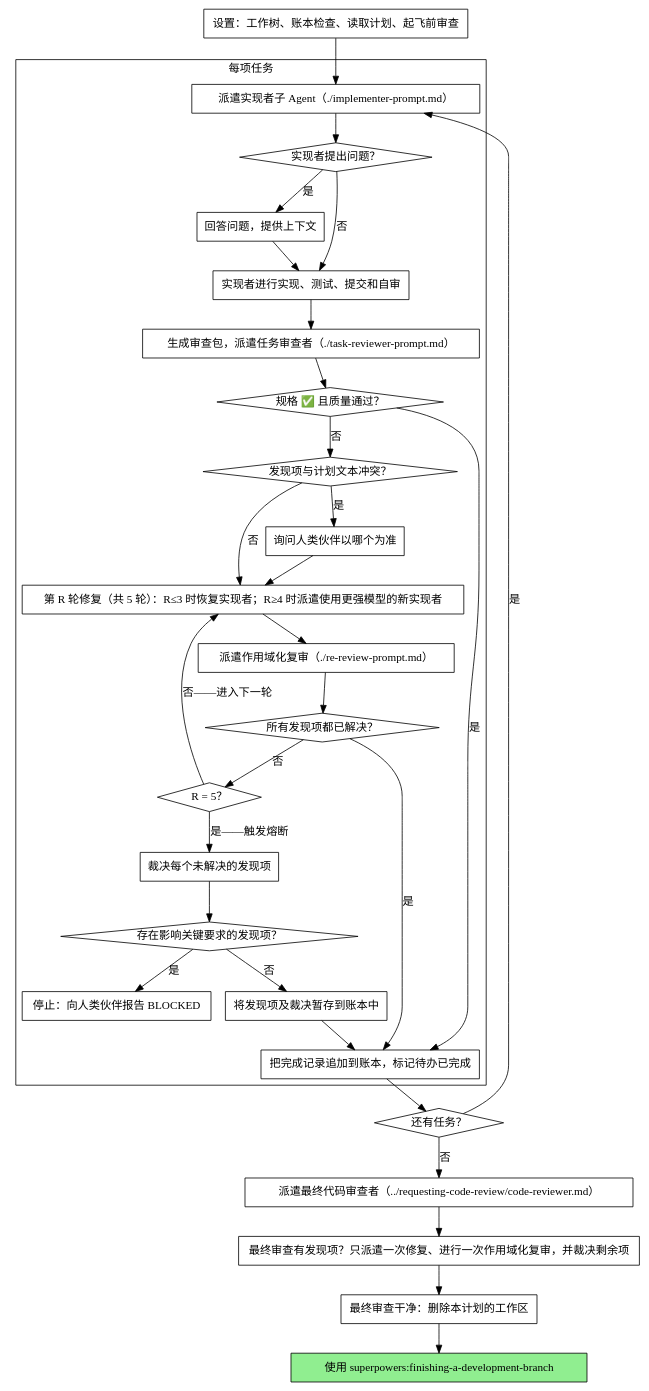
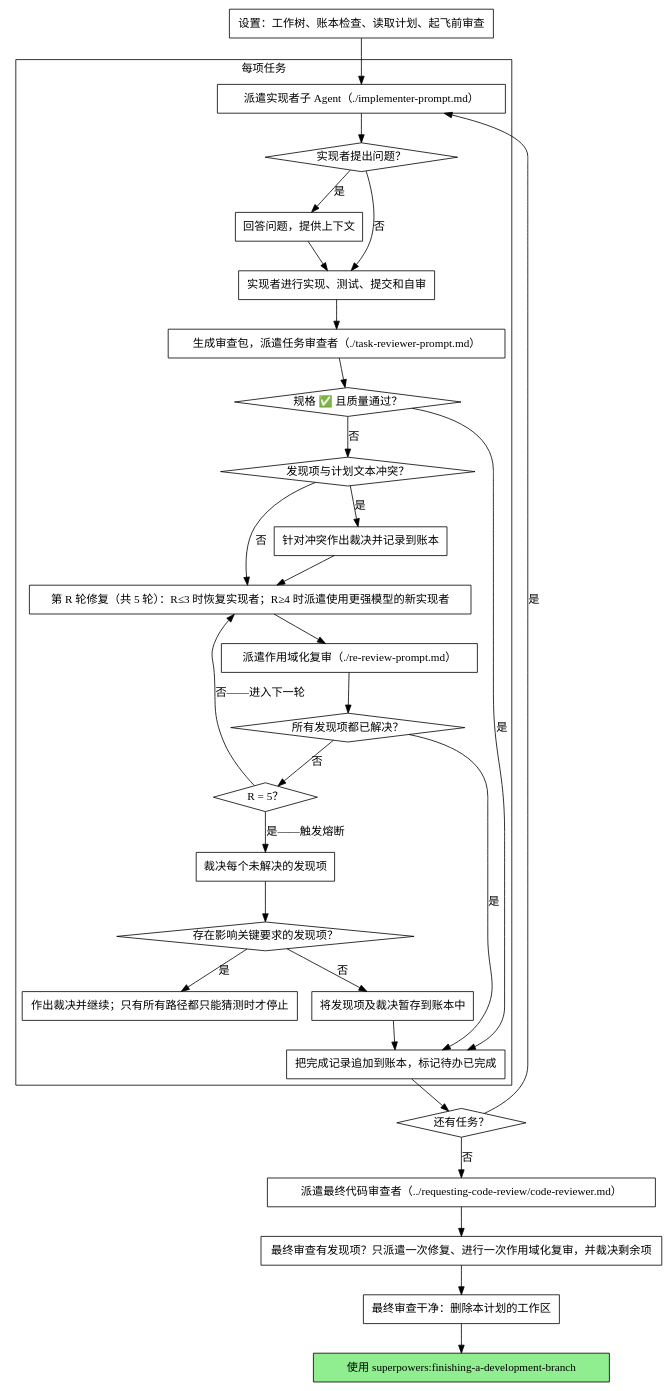
Before and after one commit to AreChen/superpowers-zh: the second of 2 diagrams in skills/subagent-driven-development/SKILL.md, drawn with Graphviz. The commit also changed other lines of this file and 27 other files, not shown here.

````diff
--- a/skills/subagent-driven-development/SKILL.md
+++ b/skills/subagent-driven-development/SKILL.md
@@ -47,62 +51,62 @@
 ```dot
 digraph process {
     rankdir=TB;
 
     subgraph cluster_per_task {
         label="每项任务";
         "派遣实现者子 Agent（./implementer-prompt.md）" [shape=box];
         "实现者提出问题？" [shape=diamond];
         "回答问题，提供上下文" [shape=box];
         "实现者进行实现、测试、提交和自审" [shape=box];
         "生成审查包，派遣任务审查者（./task-reviewer-prompt.md）" [shape=box];
         "规格 ✅ 且质量通过？" [shape=diamond];
         "发现项与计划文本冲突？" [shape=diamond];
-        "询问人类伙伴以哪个为准" [shape=box];
+        "针对冲突作出裁决并记录到账本" [shape=box];
         "第 R 轮修复（共 5 轮）：R≤3 时恢复实现者；R≥4 时派遣使用更强模型的新实现者" [shape=box];
         "派遣作用域化复审（./re-review-prompt.md）" [shape=box];
         "所有发现项都已解决？" [shape=diamond];
         "R = 5？" [shape=diamond];
         "裁决每个未解决的发现项" [shape=box];
         "存在影响关键要求的发现项？" [shape=diamond];
-        "停止：向人类伙伴报告 BLOCKED" [shape=box];
+        "作出裁决并继续；只有所有路径都只能猜测时才停止" [shape=box];
         "将发现项及裁决暂存到账本中" [shape=box];
         "把完成记录追加到账本，标记待办已完成" [shape=box];
     }
 
     "设置：工作树、账本检查、读取计划、起飞前审查" [shape=box];
     "还有任务？" [shape=diamond];
     "派遣最终代码审查者（../requesting-code-review/code-reviewer.md）" [shape=box];
     "最终审查有发现项？只派遣一次修复、进行一次作用域化复审，并裁决剩余项" [shape=box];
     "最终审查干净：删除本计划的工作区" [shape=box];
     "使用 superpowers:finishing-a-development-branch" [shape=box style=filled fillcolor=lightgreen];
 
     "设置：工作树、账本检查、读取计划、起飞前审查" -> "派遣实现者子 Agent（./implementer-prompt.md）";
     "派遣实现者子 Agent（./implementer-prompt.md）" -> "实现者提出问题？";
     "实现者提出问题？" -> "回答问题，提供上下文" [label="是"];
     "回答问题，提供上下文" -> "实现者进行实现、测试、提交和自审";
     "实现者提出问题？" -> "实现者进行实现、测试、提交和自审" [label="否"];
     "实现者进行实现、测试、提交和自审" -> "生成审查包，派遣任务审查者（./task-reviewer-prompt.md）";
     "生成审查包，派遣任务审查者（./task-reviewer-prompt.md）" -> "规格 ✅ 且质量通过？";
     "规格 ✅ 且质量通过？" -> "把完成记录追加到账本，标记待办已完成" [label="是"];
     "规格 ✅ 且质量通过？" -> "发现项与计划文本冲突？" [label="否"];
-    "发现项与计划文本冲突？" -> "询问人类伙伴以哪个为准" [label="是"];
-    "询问人类伙伴以哪个为准" -> "第 R 轮修复（共 5 轮）：R≤3 时恢复实现者；R≥4 时派遣使用更强模型的新实现者";
+    "发现项与计划文本冲突？" -> "针对冲突作出裁决并记录到账本" [label="是"];
+    "针对冲突作出裁决并记录到账本" -> "第 R 轮修复（共 5 轮）：R≤3 时恢复实现者；R≥4 时派遣使用更强模型的新实现者";
     "发现项与计划文本冲突？" -> "第 R 轮修复（共 5 轮）：R≤3 时恢复实现者；R≥4 时派遣使用更强模型的新实现者" [label="否"];
     "第 R 轮修复（共 5 轮）：R≤3 时恢复实现者；R≥4 时派遣使用更强模型的新实现者" -> "派遣作用域化复审（./re-review-prompt.md）";
     "派遣作用域化复审（./re-review-prompt.md）" -> "所有发现项都已解决？";
     "所有发现项都已解决？" -> "把完成记录追加到账本，标记待办已完成" [label="是"];
     "所有发现项都已解决？" -> "R = 5？" [label="否"];
     "R = 5？" -> "第 R 轮修复（共 5 轮）：R≤3 时恢复实现者；R≥4 时派遣使用更强模型的新实现者" [label="否——进入下一轮"];
     "R = 5？" -> "裁决每个未解决的发现项" [label="是——触发熔断"];
     "裁决每个未解决的发现项" -> "存在影响关键要求的发现项？";
-    "存在影响关键要求的发现项？" -> "停止：向人类伙伴报告 BLOCKED" [label="是"];
+    "存在影响关键要求的发现项？" -> "作出裁决并继续；只有所有路径都只能猜测时才停止" [label="是"];
     "存在影响关键要求的发现项？" -> "将发现项及裁决暂存到账本中" [label="否"];
     "将发现项及裁决暂存到账本中" -> "把完成记录追加到账本，标记待办已完成";
     "把完成记录追加到账本，标记待办已完成" -> "还有任务？";
     "还有任务？" -> "派遣实现者子 Agent（./implementer-prompt.md）" [label="是"];
     "还有任务？" -> "派遣最终代码审查者（../requesting-code-review/code-reviewer.md）" [label="否"];
     "派遣最终代码审查者（../requesting-code-review/code-reviewer.md）" -> "最终审查有发现项？只派遣一次修复、进行一次作用域化复审，并裁决剩余项";
     "最终审查有发现项？只派遣一次修复、进行一次作用域化复审，并裁决剩余项" -> "最终审查干净：删除本计划的工作区";
     "最终审查干净：删除本计划的工作区" -> "使用 superpowers:finishing-a-development-branch";
 }
 ```
````
